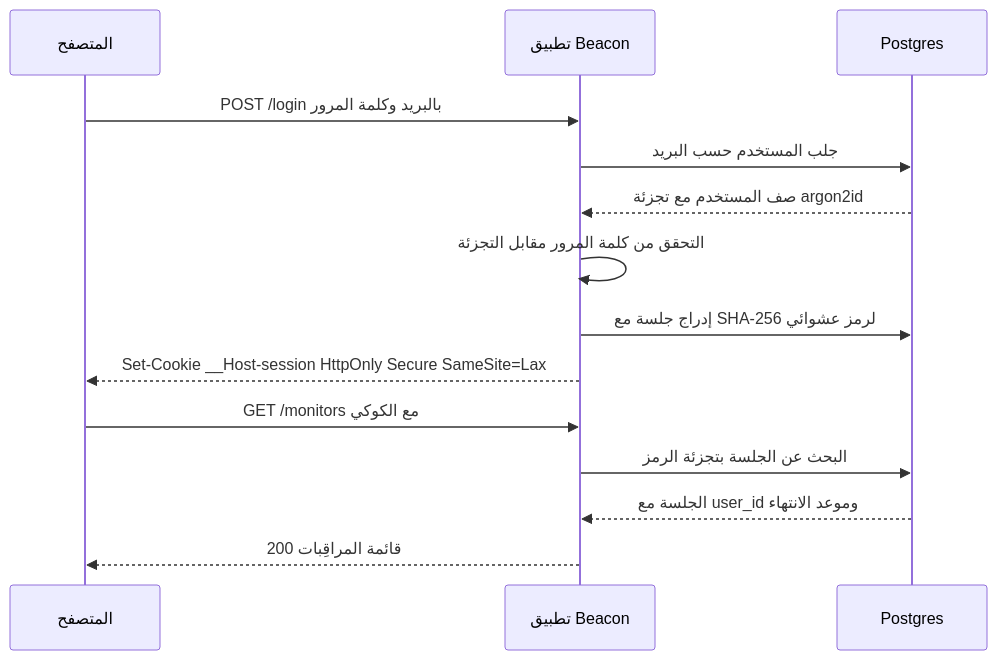
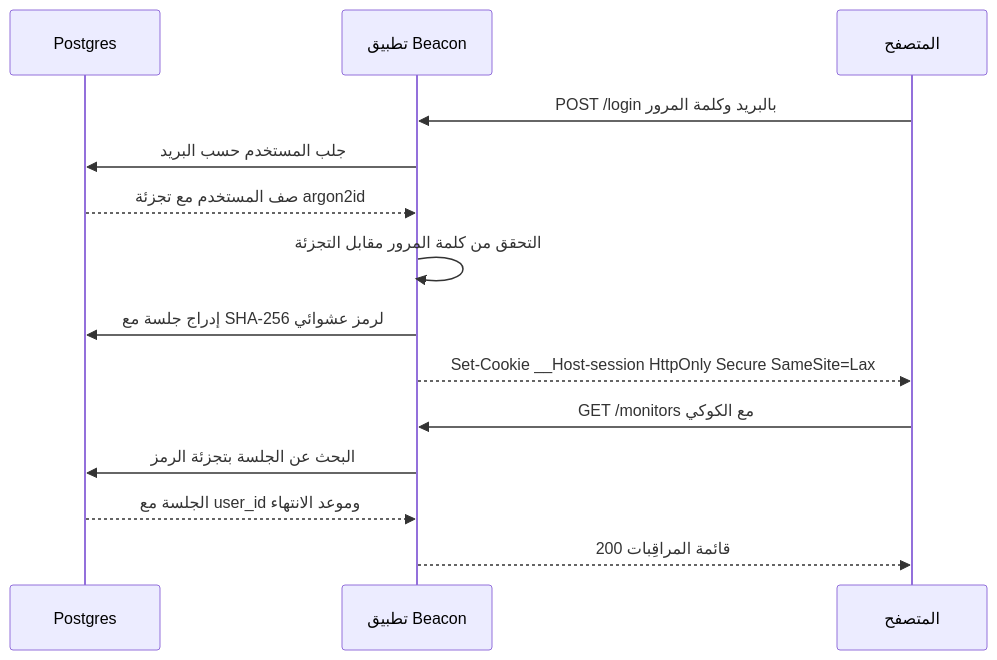
The first of 5 diagrams in saas/modules/01-identity-access.ar.md (Tamoura/system-design-for-vibe-coders), drawn with Mermaid before and after one commit. The commit also changed other lines of this file and 31 other files, not shown here.

First line of the commit message:
Arabic editions: diagrams flow right to left

````diff
--- a/saas/modules/01-identity-access.ar.md
+++ b/saas/modules/01-identity-access.ar.md
@@ -60,16 +60,16 @@
 ```mermaid
 sequenceDiagram
+    participant D as Postgres
+    participant A as تطبيق Beacon
     participant B as المتصفح
-    participant A as تطبيق Beacon
-    participant D as Postgres
     B->>A: POST /login بالبريد وكلمة المرور
     A->>D: جلب المستخدم حسب البريد
     D-->>A: صف المستخدم مع تجزئة argon2id
     A->>A: التحقق من كلمة المرور مقابل التجزئة
     A->>D: إدراج جلسة مع SHA-256 لرمز عشوائي
     A-->>B: Set-Cookie __Host-session HttpOnly Secure SameSite=Lax
     B->>A: GET /monitors مع الكوكي
     A->>D: البحث عن الجلسة بتجزئة الرمز
     D-->>A: الجلسة مع user_id وموعد الانتهاء
     A-->>B: 200 قائمة المراقِبات
 ```
````
